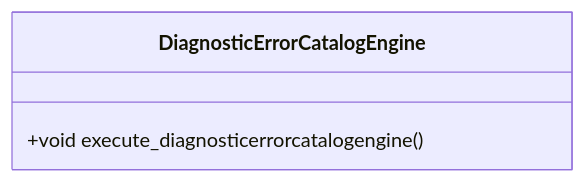
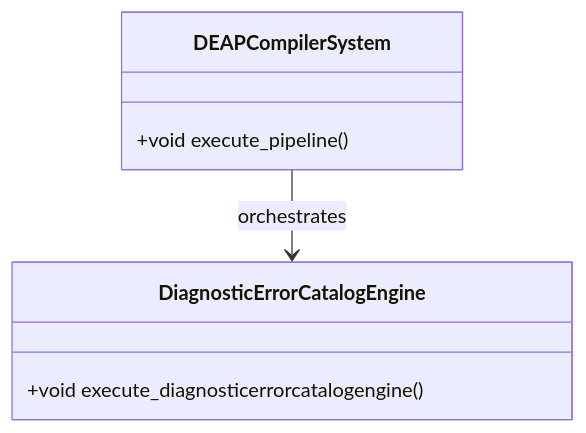
Before and after one commit to gintatkinson/dumpiler-01: the diagram in docs/features/FEAT-56-DiagnosticErrorCatalogEngine.md, drawn with Mermaid. The commit also changed other lines of this file and 90 other files, not shown here.

````diff
--- a/docs/features/FEAT-56-DiagnosticErrorCatalogEngine.md
+++ b/docs/features/FEAT-56-DiagnosticErrorCatalogEngine.md
@@ -25,6 +25,10 @@
 ```mermaid
 classDiagram
+    class DEAPCompilerSystem {
+        +void execute_pipeline()
+    }
     class DiagnosticErrorCatalogEngine {
         +void execute_diagnosticerrorcatalogengine()
     }
+    DEAPCompilerSystem --> DiagnosticErrorCatalogEngine : orchestrates
 ```
````
